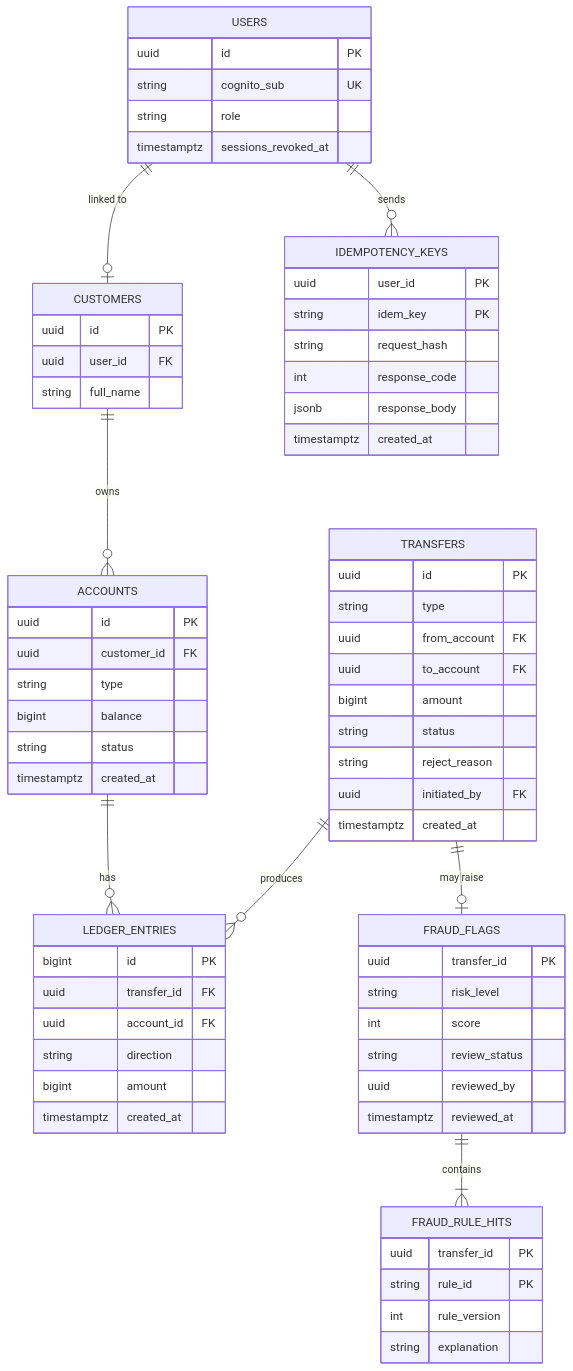
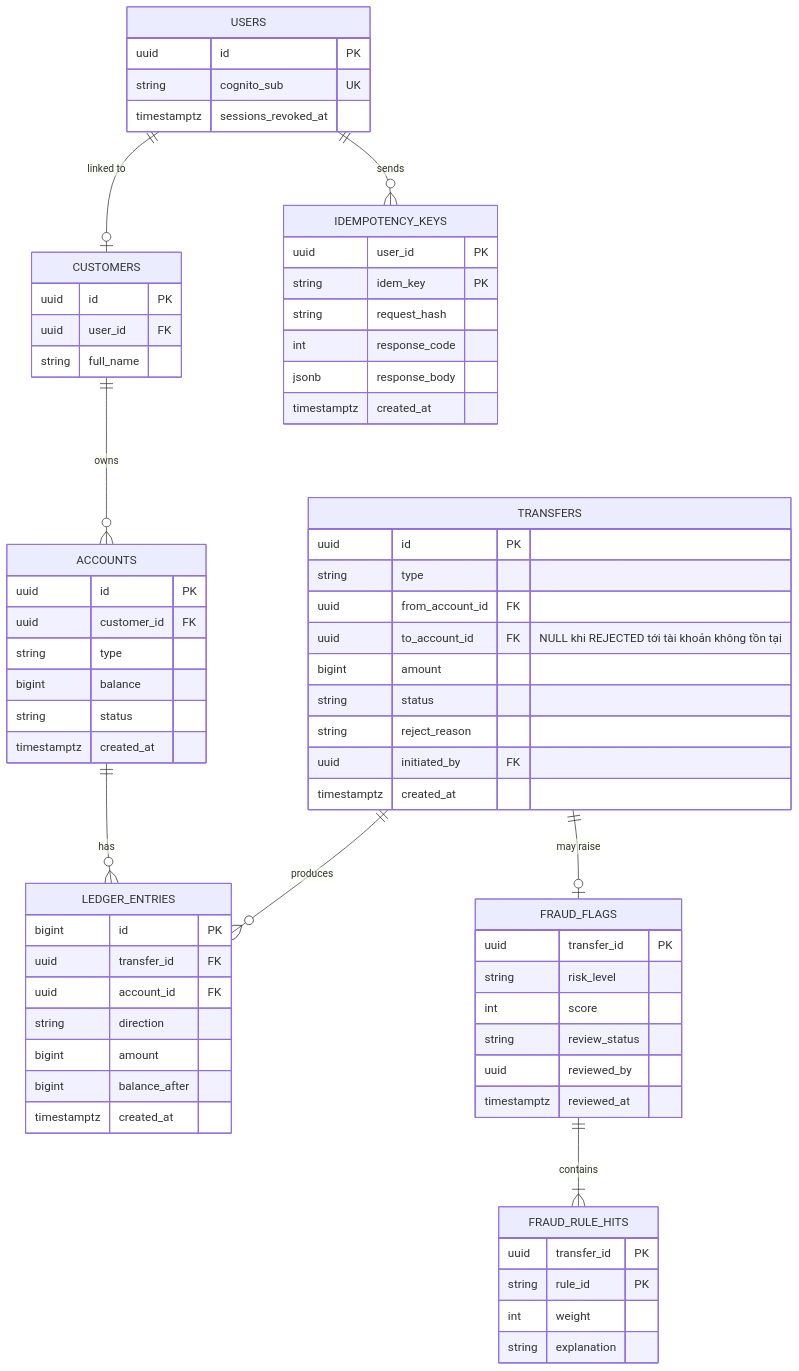
One commit to Lawliet119/digital-banking-simulator changed the sixth of 10 diagrams in docs/03_HIGH_LEVEL_ARCHITECTURE.md. Above: the diagram before and after it, drawn with Mermaid. The commit also changed other lines of this file and 21 other files, not shown here.

````diff
--- a/docs/03_HIGH_LEVEL_ARCHITECTURE.md
+++ b/docs/03_HIGH_LEVEL_ARCHITECTURE.md
@@ -335,55 +337,55 @@
 ```mermaid
 erDiagram
     USERS ||--o| CUSTOMERS : "linked to"
     CUSTOMERS ||--o{ ACCOUNTS : owns
     ACCOUNTS ||--o{ LEDGER_ENTRIES : has
     TRANSFERS ||--o{ LEDGER_ENTRIES : produces
     TRANSFERS ||--o| FRAUD_FLAGS : "may raise"
     FRAUD_FLAGS ||--|{ FRAUD_RULE_HITS : contains
     USERS ||--o{ IDEMPOTENCY_KEYS : sends
 
     USERS { uuid id PK
             string cognito_sub UK
-            string role
             timestamptz sessions_revoked_at }
     CUSTOMERS { uuid id PK
                 uuid user_id FK
                 string full_name }
     ACCOUNTS { uuid id PK
                uuid customer_id FK
                string type
                bigint balance
                string status
                timestamptz created_at }
     TRANSFERS { uuid id PK
                 string type
-                uuid from_account FK
-                uuid to_account FK
+                uuid from_account_id FK
+                uuid to_account_id FK "NULL khi REJECTED tới tài khoản không tồn tại"
                 bigint amount
                 string status
                 string reject_reason
                 uuid initiated_by FK
                 timestamptz created_at }
     LEDGER_ENTRIES { bigint id PK
                      uuid transfer_id FK
                      uuid account_id FK
                      string direction
                      bigint amount
+                     bigint balance_after
                      timestamptz created_at }
     IDEMPOTENCY_KEYS { uuid user_id PK
                        string idem_key PK
                        string request_hash
                        int response_code
                        jsonb response_body
                        timestamptz created_at }
     FRAUD_FLAGS { uuid transfer_id PK
                   string risk_level
                   int score
                   string review_status
                   uuid reviewed_by
                   timestamptz reviewed_at }
     FRAUD_RULE_HITS { uuid transfer_id PK
                       string rule_id PK
-                      int rule_version
+                      int weight
                       string explanation }
 ```
````
